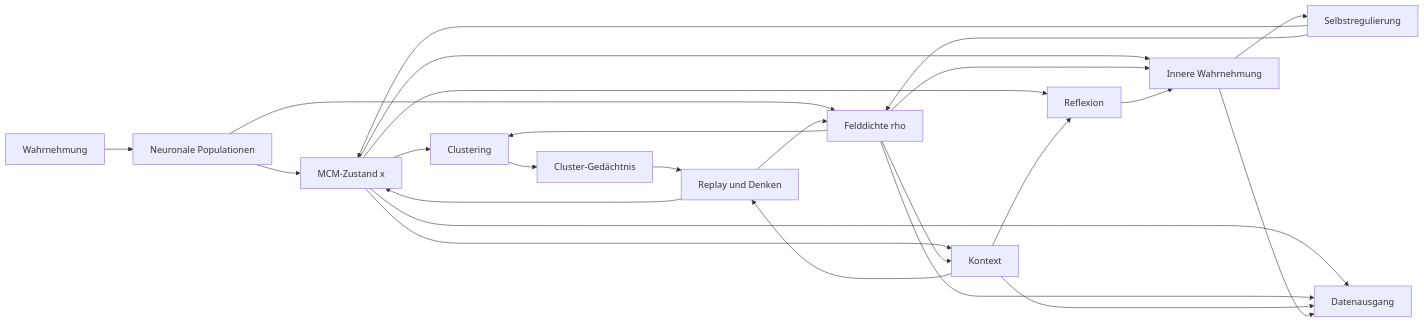
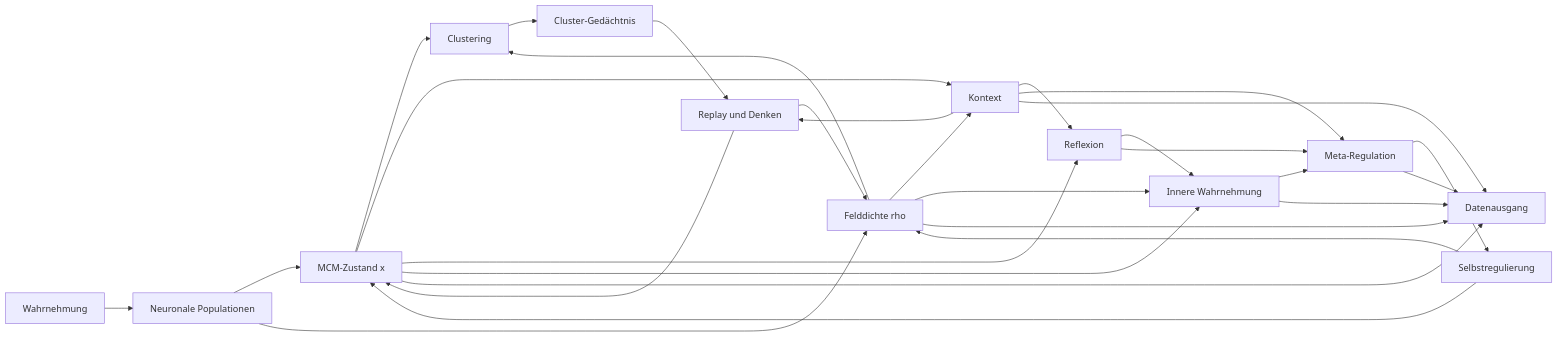
The diagram in README.md (H5Pro2/MCM-Spiking-State-Field), drawn with Mermaid before and after one commit. The commit also changed other lines of this file and 13 other files, not shown here.

````diff
--- a/README.md
+++ b/README.md
@@ -50,27 +52,31 @@
 ```mermaid
 flowchart LR
     A["Wahrnehmung"] --> B["Neuronale Populationen"]
     B --> C["MCM-Zustand x"]
     B --> D["Felddichte rho"]
     C --> E["Clustering"]
     D --> E
     C --> F["Kontext"]
     D --> F
     E --> G["Cluster-Gedächtnis"]
     G --> H["Replay und Denken"]
     F --> H
     C --> I["Reflexion"]
     F --> I
     H --> C
     H --> D
     C --> J["Innere Wahrnehmung"]
     D --> J
     I --> J
-    J --> K["Selbstregulierung"]
-    K --> C
-    K --> D
+    J --> K["Meta-Regulation"]
+    I --> K
+    F --> K
+    K --> M["Selbstregulierung"]
+    M --> C
+    M --> D
     C --> L["Datenausgang"]
     D --> L
     F --> L
     J --> L
+    K --> L
 ```
````
